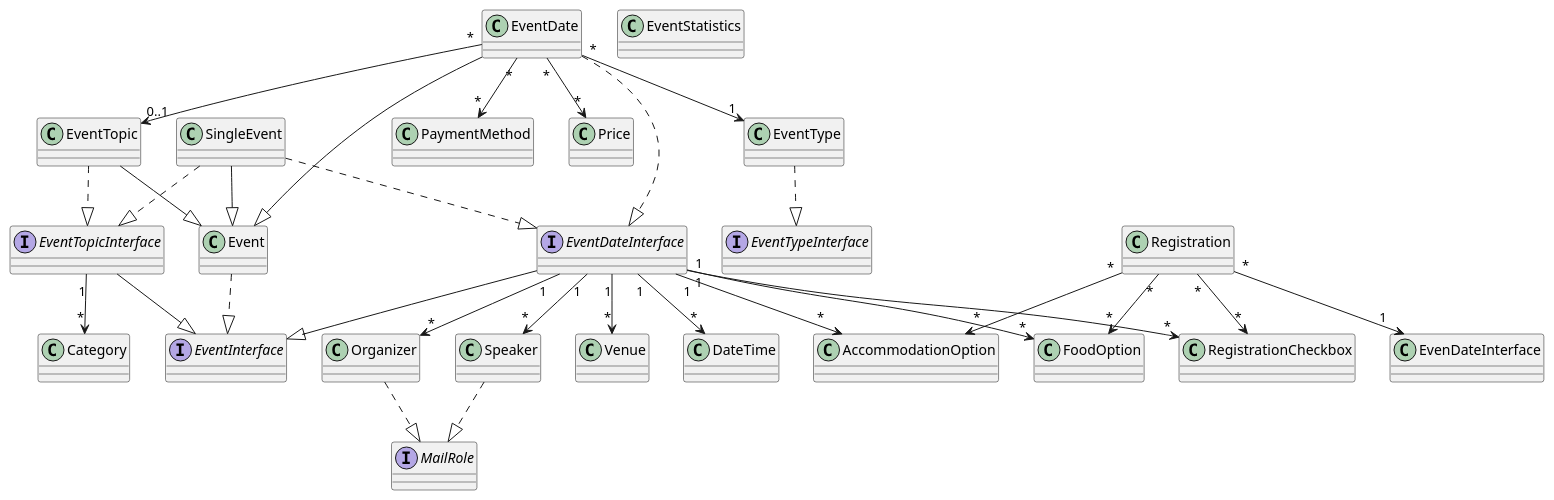
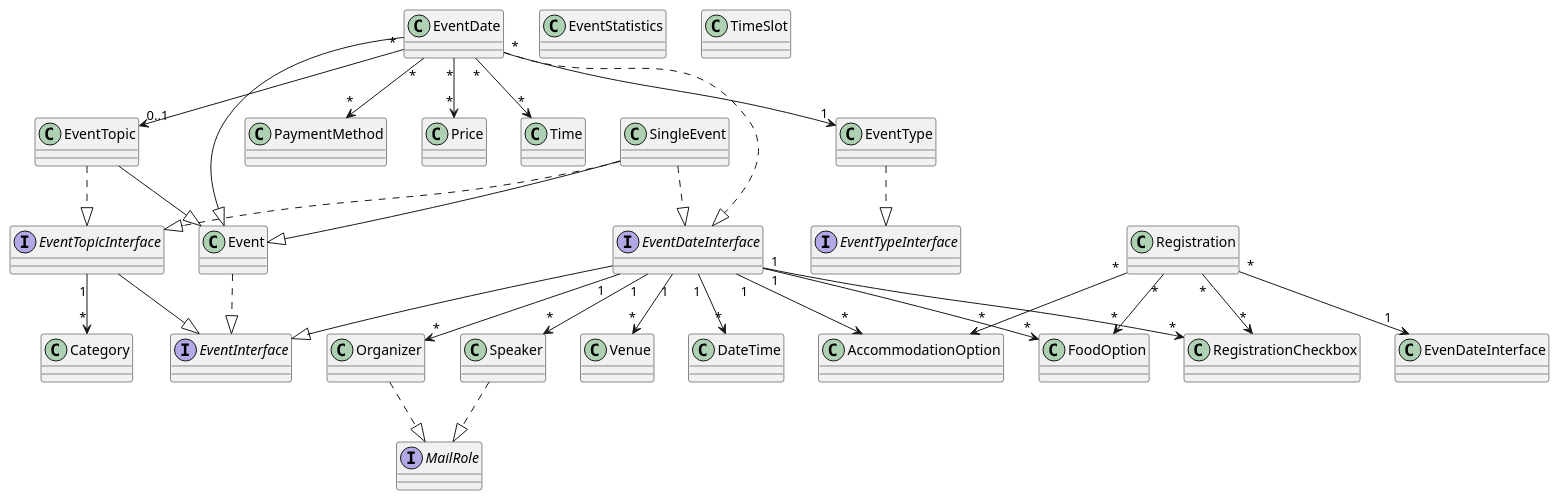
Before and after one commit to oliverklee-de/seminars: the diagram in Documentation/Architecture/UMLforEntities.plantuml, drawn with PlantUML. The commit also changed 9 other files, not shown here.

First line of the commit message:
[FEATURE] Add `TimeSlot` Model and Repository

```diff
--- a/Documentation/Architecture/UMLforEntities.plantuml
+++ b/Documentation/Architecture/UMLforEntities.plantuml
@@ -1,76 +1,78 @@
 ' ==========
 ' Interfaces
 ' ==========
 interface EventDateInterface
 interface EventInterface
 interface EventTopicInterface
 interface EventTypeInterface
 interface MailRole
 
 ' ==============
 ' Domain Classes
 ' ==============
 class AccommodationOption
 class Category
 class DateTime
 class Event
 class EventDate
 class EventStatistics
 class EventTopic
 class EventType
 class FoodOption
 class Organizer
 class PaymentMethod
 class Price
 class Registration
 class RegistrationCheckbox
 class SingleEvent
 class Speaker
+class TimeSlot
 class Venue
 
 ' ===========
 ' Inheritance
 ' ===========
 EventDate --|> Event
 EventTopic --|> Event
 SingleEvent --|> Event
 
 EventDateInterface --|> EventInterface
 EventTopicInterface --|> EventInterface
 
 ' =========
 ' Interface
 ' =========
 Event ..|> EventInterface
 EventDate ..|> EventDateInterface
 EventTopic ..|> EventTopicInterface
 EventType ..|> EventTypeInterface
 Organizer ..|> MailRole
 SingleEvent ..|> EventDateInterface
 SingleEvent ..|> EventTopicInterface
 Speaker ..|> MailRole
 
 
 
 ' ============
 ' Associations
 ' ============
 EventDate "*" --> "1" EventType
 EventDate "*" --> "*" PaymentMethod
 EventDate "*" --> "*" Price
+EventDate "*" --> "*" Time
 EventDate "*" --> "0..1" EventTopic
 
 EventDateInterface "1" --> "*" AccommodationOption
 EventDateInterface "1" --> "*" DateTime
 EventDateInterface "1" --> "*" FoodOption
 EventDateInterface "1" --> "*" Organizer
 EventDateInterface "1" --> "*" RegistrationCheckbox
 EventDateInterface "1" --> "*" Speaker
 EventDateInterface "1" --> "*" Venue
 
 EventTopicInterface "1" --> "*" Category
 
 Registration "*" --> "*" AccommodationOption
 Registration "*" --> "1" EvenDateInterface
 Registration "*" --> "*" FoodOption
 Registration "*" --> "*" RegistrationCheckbox
```
